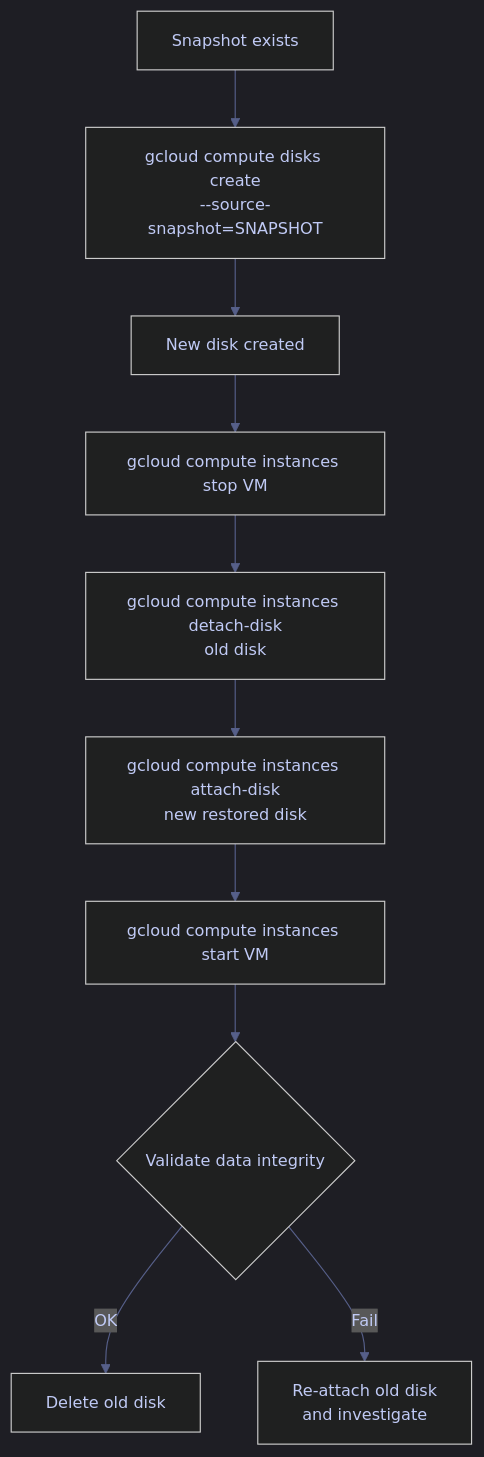
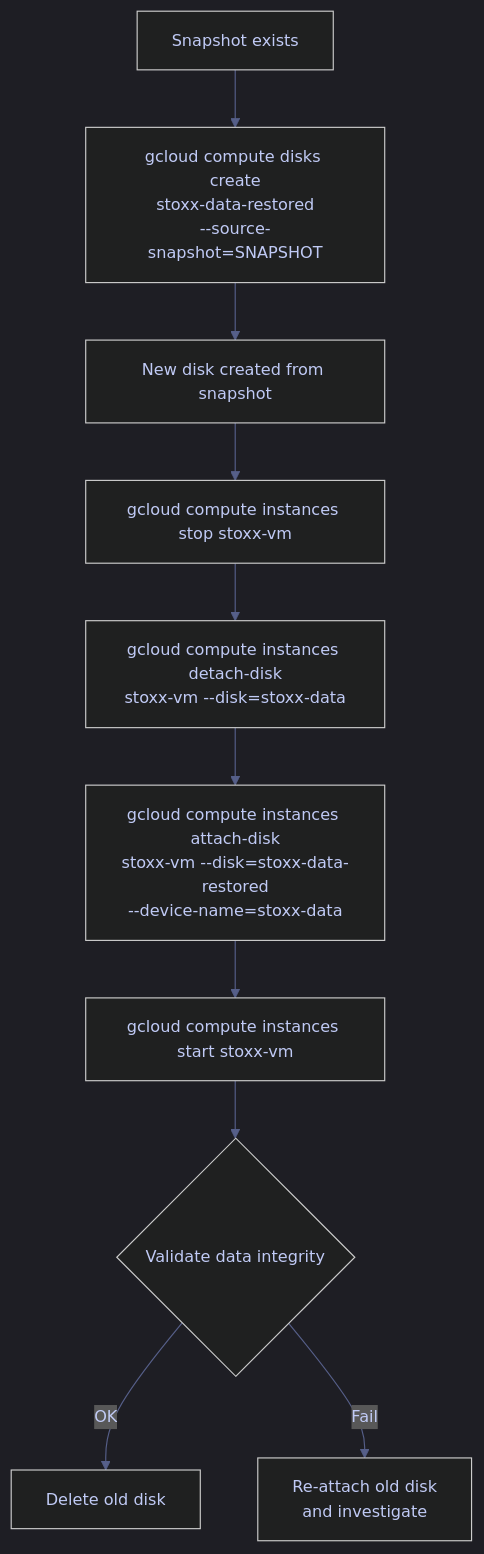
Before and after one commit to alp78/elysium: the second of 2 diagrams in content/06-GCP/02-Compute/03-disks-and-snapshots.md, drawn with Mermaid. The commit also changed other lines of this file and 13 other files, not shown here.

````diff
--- a/content/06-GCP/02-Compute/03-disks-and-snapshots.md
+++ b/content/06-GCP/02-Compute/03-disks-and-snapshots.md
@@ -127,24 +679,24 @@
 ```mermaid
 %%{init: {'theme': 'dark', 'themeVariables': {
   'primaryColor': '#292e42',
   'primaryTextColor': '#c0caf5',
   'primaryBorderColor': '#565f89',
   'lineColor': '#565f89',
   'secondaryColor': '#1a1b26',
   'tertiaryColor': '#24283b',
   'noteTextColor': '#c0caf5',
   'noteBkgColor': '#292e42',
   'textColor': '#c0caf5',
   'fontSize': '14px'
 }}}%%
 flowchart TD
-    A[Snapshot exists] --> B["gcloud compute disks create<br>--source-snapshot=SNAPSHOT"]
-    B --> C[New disk created]
-    C --> D["gcloud compute instances stop VM"]
-    D --> E["gcloud compute instances detach-disk<br>old disk"]
-    E --> F["gcloud compute instances attach-disk<br>new restored disk"]
-    F --> G["gcloud compute instances start VM"]
+    A[Snapshot exists] --> B["gcloud compute disks create<br>stoxx-data-restored<br>--source-snapshot=SNAPSHOT"]
+    B --> C[New disk created from snapshot]
+    C --> D["gcloud compute instances stop stoxx-vm"]
+    D --> E["gcloud compute instances detach-disk<br>stoxx-vm --disk=stoxx-data"]
+    E --> F["gcloud compute instances attach-disk<br>stoxx-vm --disk=stoxx-data-restored<br>--device-name=stoxx-data"]
+    F --> G["gcloud compute instances start stoxx-vm"]
     G --> H{Validate data integrity}
     H -->|OK| I[Delete old disk]
     H -->|Fail| J["Re-attach old disk<br>and investigate"]
 ```
````
